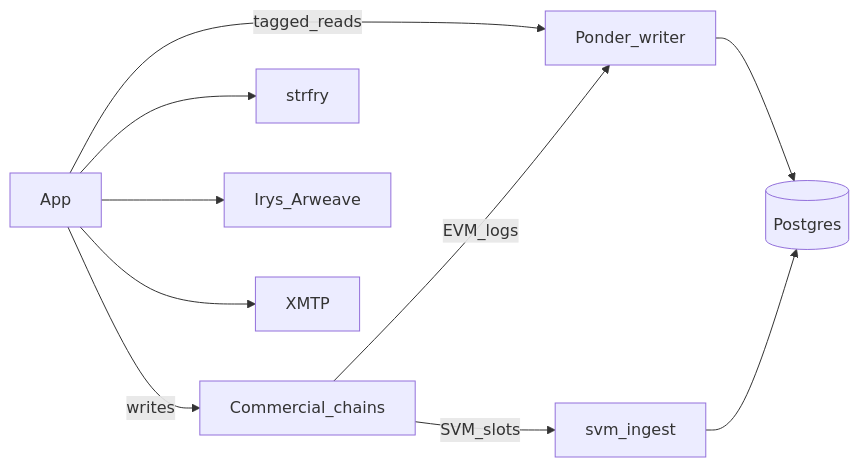
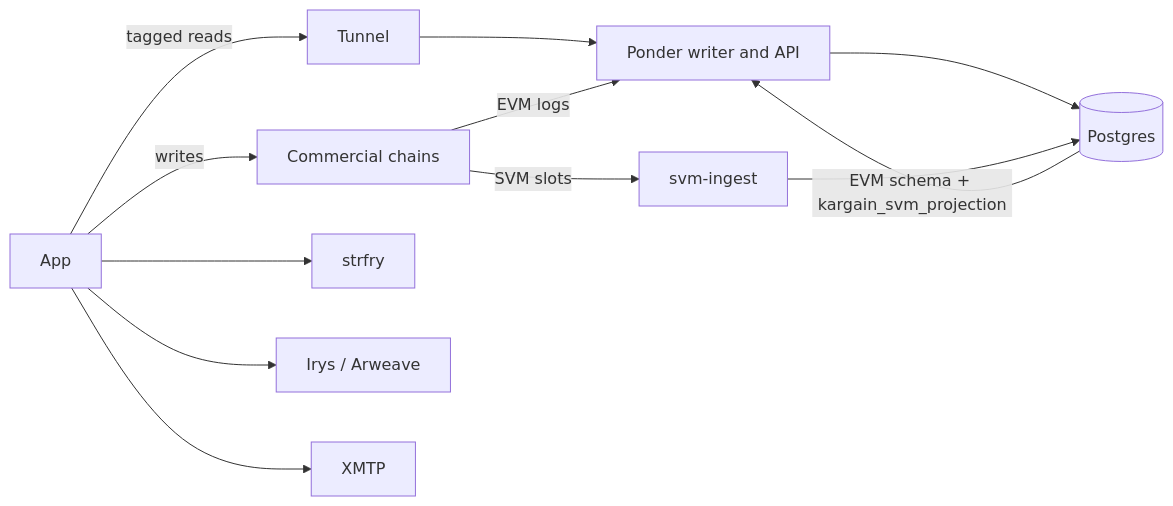
The diagram in docs/architecture/overview.md (kargain-com/kargain), drawn with Mermaid before and after one commit. The commit also changed other lines of this file and 11 other files, not shown here.

````diff
--- a/docs/architecture/overview.md
+++ b/docs/architecture/overview.md
@@ -21,20 +21,23 @@
 ```mermaid
 flowchart LR
-  ui[App]
-  chain[Commercial_chains]
-  ponder[Ponder_writer]
-  ingest[svm_ingest]
-  pg[(Postgres)]
-  relay[strfry]
-  storage[Irys_Arweave]
-  msg[XMTP]
+  ui["App"]
+  chain["Commercial chains"]
+  ponder["Ponder writer and API"]
+  ingest["svm-ingest"]
+  pg[("Postgres")]
+  tunnel["Tunnel"]
+  relay["strfry"]
+  storage["Irys / Arweave"]
+  msg["XMTP"]
   ui -->|writes| chain
-  ui -->|tagged_reads| ponder
-  chain -->|EVM_logs| ponder
-  chain -->|SVM_slots| ingest
+  ui -->|tagged reads| tunnel
+  tunnel --> ponder
+  chain -->|EVM logs| ponder
+  chain -->|SVM slots| ingest
   ponder --> pg
   ingest --> pg
+  pg -->|"EVM schema + kargain_svm_projection"| ponder
   ui --> relay
   ui --> storage
   ui --> msg
 ```
````
